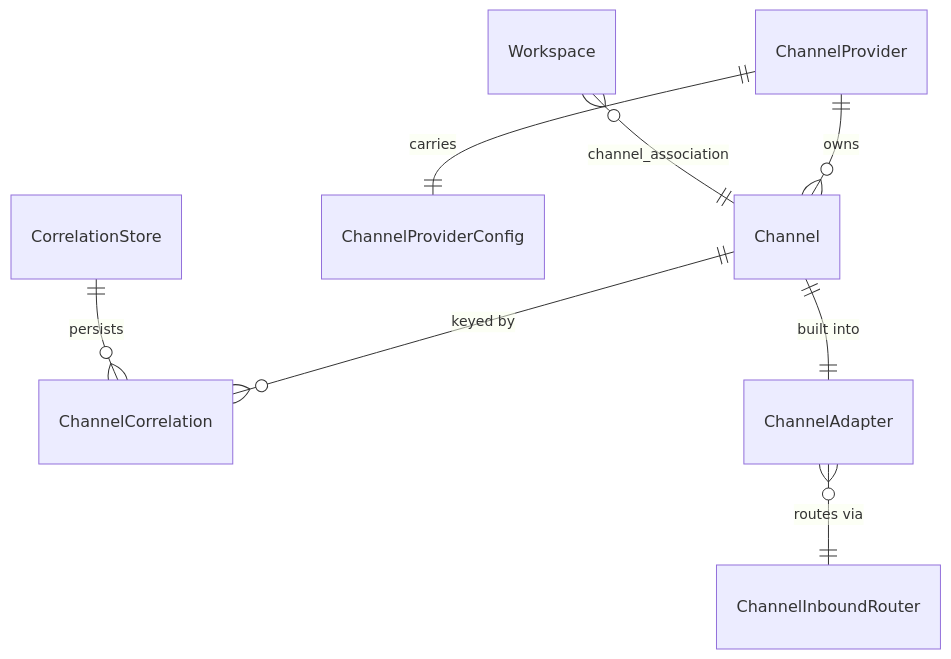
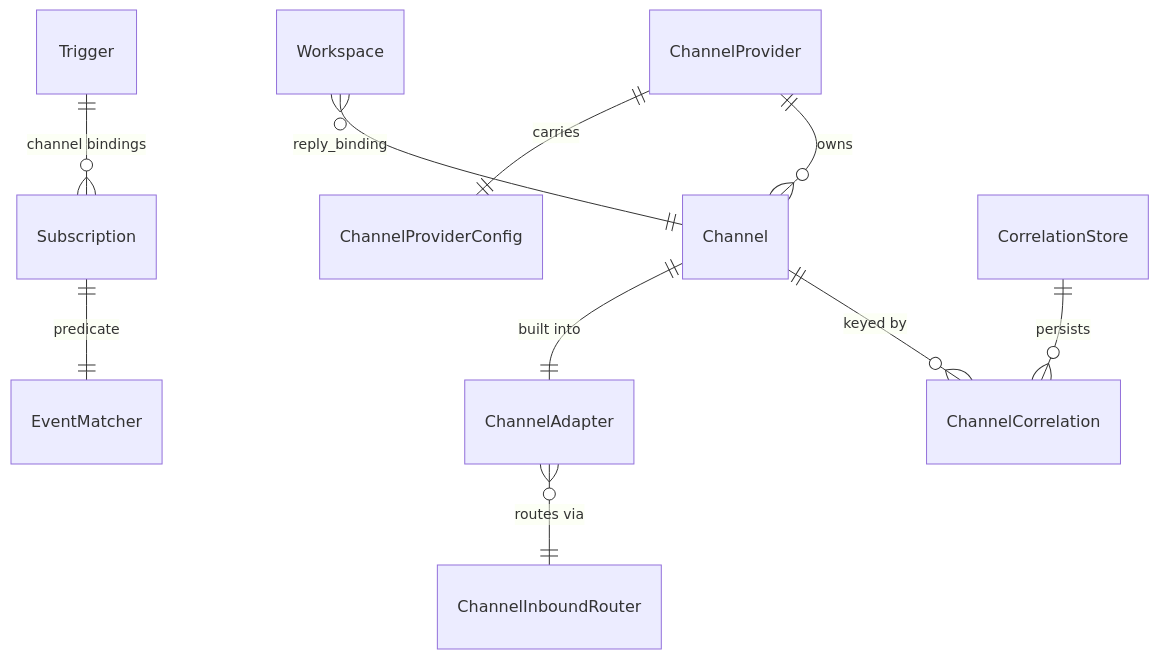
One commit to primerhq/primer changed the first of 2 diagrams in docs/dev/subsystems/channels.md. Above: the diagram before and after it, drawn with Mermaid. The commit also changed other lines of this file and 11 other files, not shown here.

Commit message:
docs: channel event-to-action model across operator, agent, and dev sets

````diff
--- a/docs/dev/subsystems/channels.md
+++ b/docs/dev/subsystems/channels.md
@@ -25,10 +29,12 @@
 ```mermaid
 erDiagram
     ChannelProvider ||--o{ Channel : "owns"
     Channel ||--o{ ChannelCorrelation : "keyed by"
-    Workspace }o--|| Channel : "channel_association"
+    Workspace }o--|| Channel : "reply_binding"
+    Trigger ||--o{ Subscription : "channel bindings"
+    Subscription ||--|| EventMatcher : "predicate"
     Channel ||--|| ChannelAdapter : "built into"
     ChannelProvider ||--|| ChannelProviderConfig : "carries"
     ChannelAdapter }o--|| ChannelInboundRouter : "routes via"
     CorrelationStore ||--o{ ChannelCorrelation : "persists"
 ```
````
